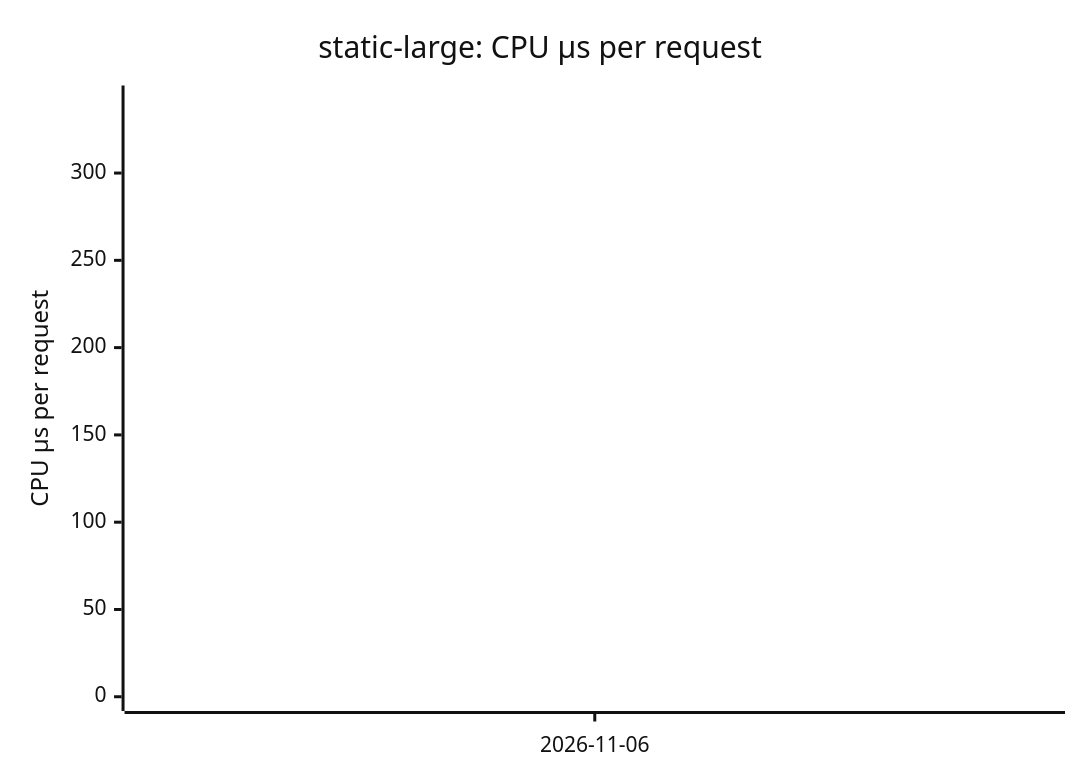
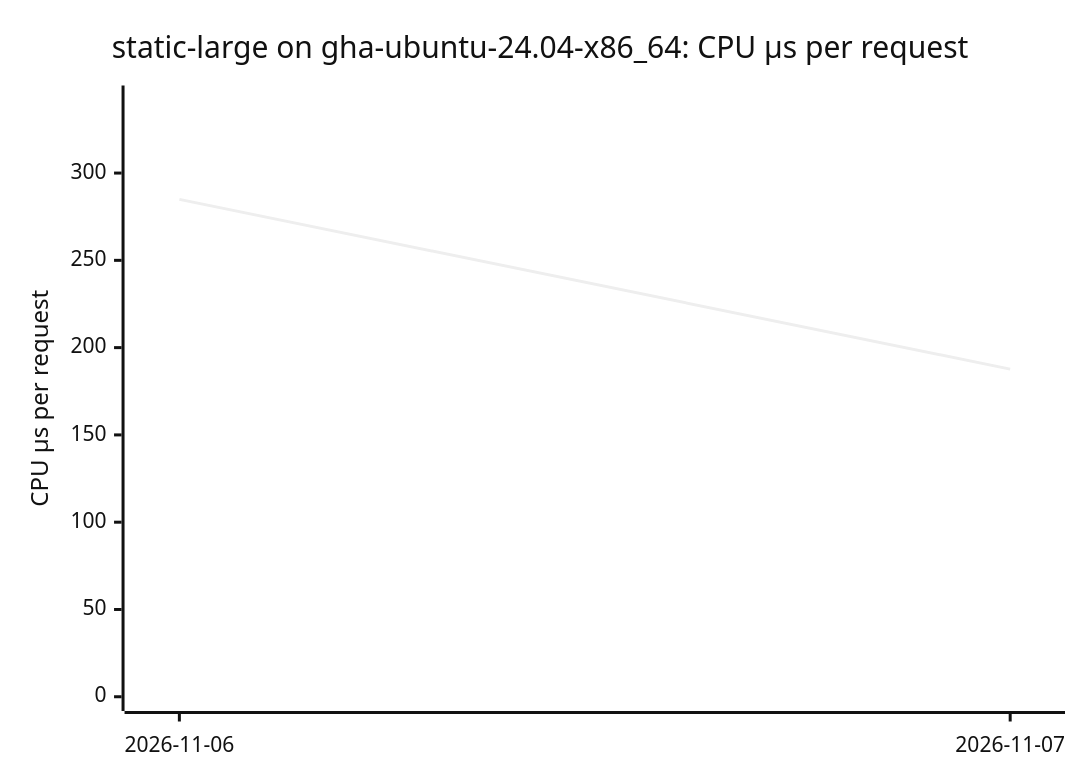
One commit to ThePixelPilgrim/durchlauferhitzer changed the second of 14 diagrams in BENCHMARKS.md. Above: the diagram before and after it, drawn with Mermaid (neutral theme). The commit also changed other lines of this file and 1 other file, not shown here.

````diff
--- a/BENCHMARKS.md
+++ b/BENCHMARKS.md
@@ -33,7 +34,7 @@
 ```mermaid
 xychart-beta
-  title "static-large: CPU µs per request"
-  x-axis ["2026-11-06"]
+  title "static-large on gha-ubuntu-24.04-x86_64: CPU µs per request"
+  x-axis ["2026-11-06", "2026-11-07"]
   y-axis "CPU µs per request" 0 --> 342
-  line [284.94]
+  line [284.94, 187.68]
 ```
````
